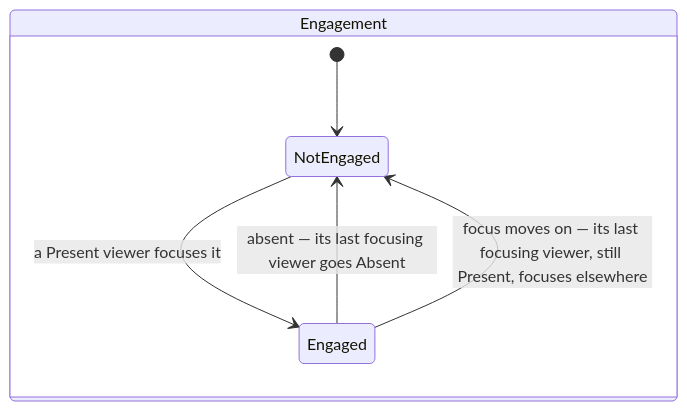
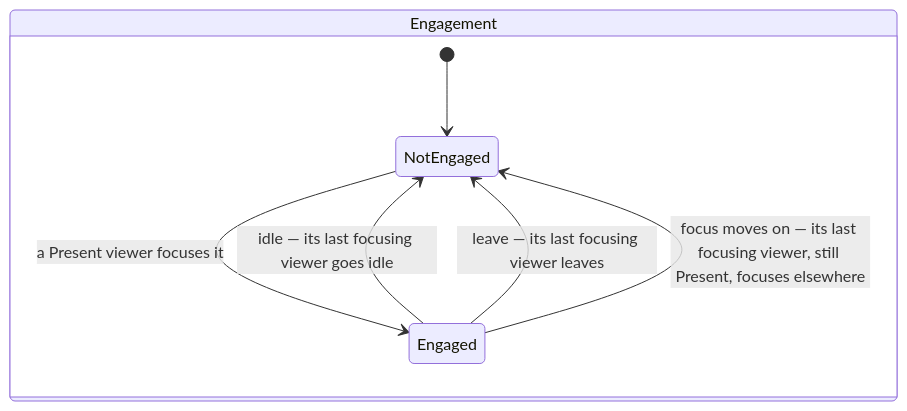
One commit to diffplug/dormouse changed the fourth of 16 diagrams in docs/specs/alert.md. Above: the diagram before and after it, drawn with Mermaid. The commit also changed other lines of this file and 19 other files, not shown here.

````diff
--- a/docs/specs/alert.md
+++ b/docs/specs/alert.md
@@ -166,9 +167,10 @@
 ```mermaid
 stateDiagram-v2
   state "Engagement" as Engagement {
     [*] --> NotEngaged
     NotEngaged --> Engaged: a Present viewer focuses it
-    Engaged --> NotEngaged: absent — its last focusing viewer goes Absent
+    Engaged --> NotEngaged: idle — its last focusing viewer goes idle
+    Engaged --> NotEngaged: leave — its last focusing viewer leaves
     Engaged --> NotEngaged: focus moves on — its last focusing viewer, still Present, focuses elsewhere
   }
 ```
````
